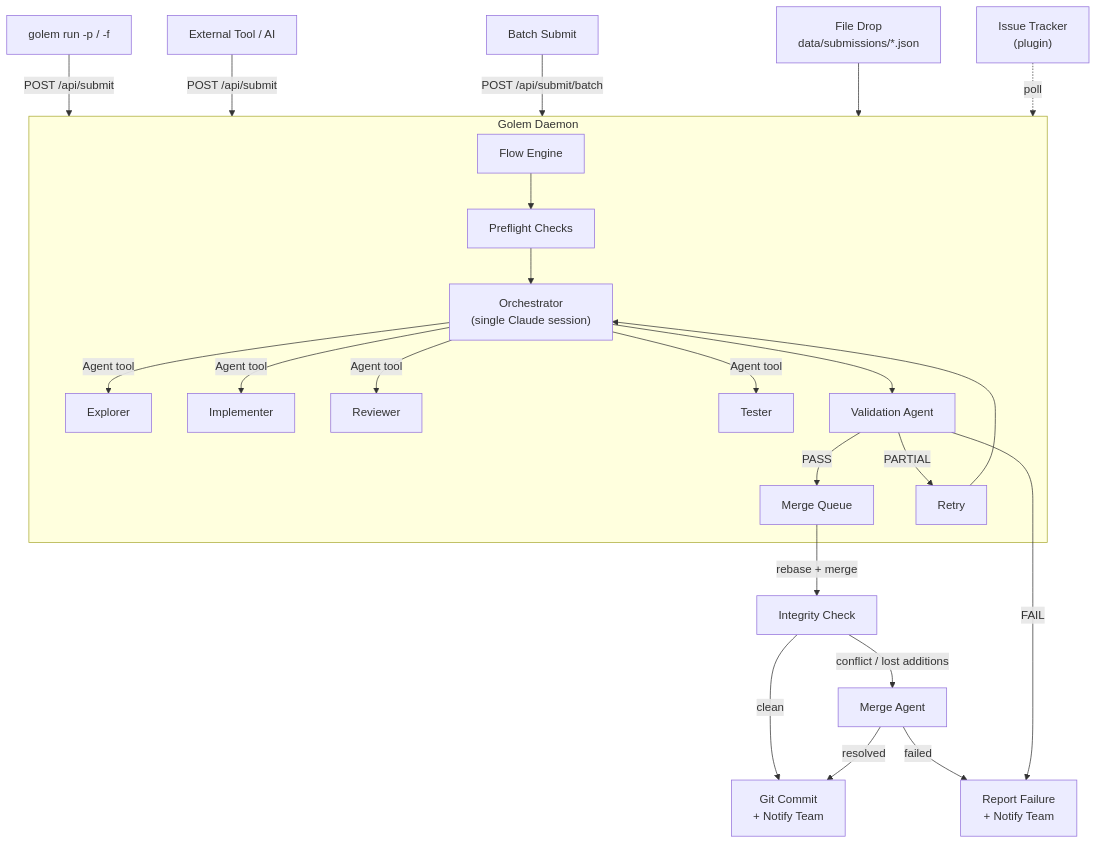
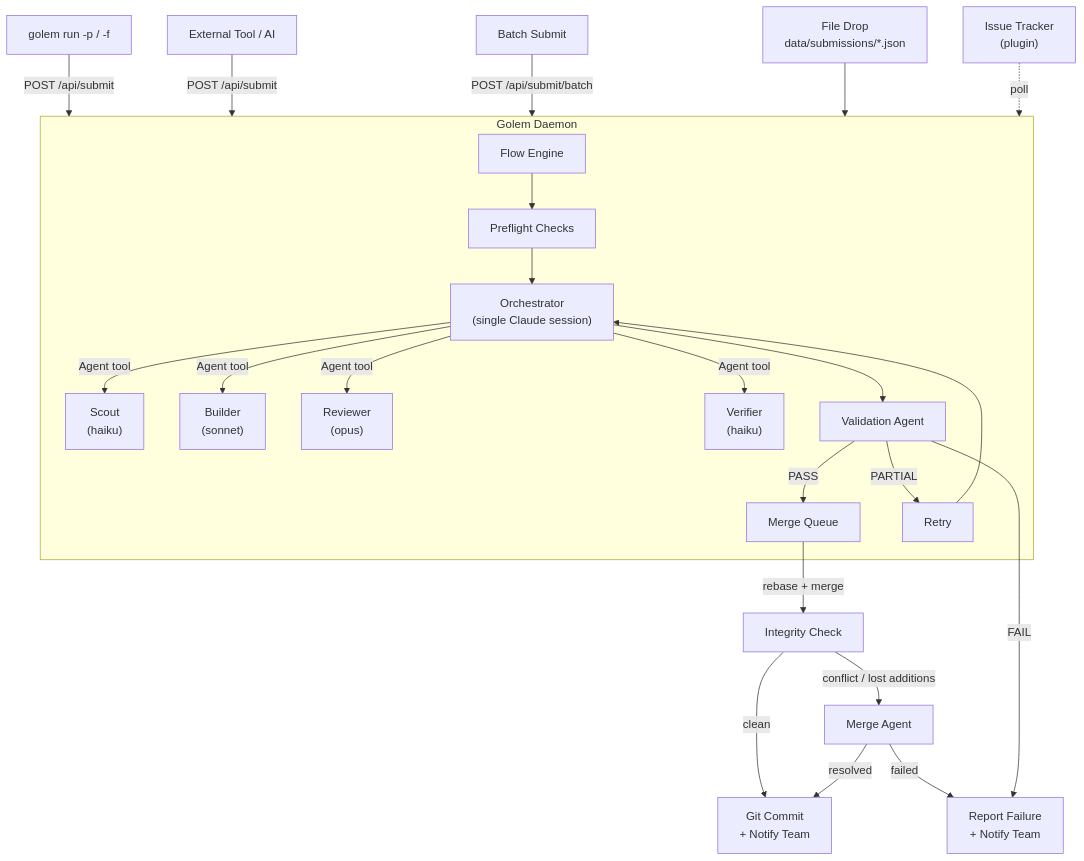
The first of 5 diagrams in README.md (itsmeboris/Golem), drawn with Mermaid before and after one commit. The commit also changed other lines of this file, not shown here.

First line of the commit message:
docs: update README with agent intelligence section and best practices

````diff
--- a/README.md
+++ b/README.md
@@ -102,31 +142,31 @@
 ```mermaid
 flowchart TB
     cli["golem run -p / -f"] -- "POST /api/submit" --> daemon
     api["External Tool / AI"] -- "POST /api/submit" --> daemon
     batch["Batch Submit"] -- "POST /api/submit/batch" --> daemon
     drop["File Drop<br/>data/submissions/*.json"] --> daemon
     tracker["Issue Tracker<br/>(plugin)"] -. "poll" .-> daemon
 
     subgraph daemon ["Golem Daemon"]
         flow["Flow Engine"] --> preflight["Preflight Checks"]
         preflight --> orch["Orchestrator<br/>(single Claude session)"]
 
-        orch -- "Agent tool" --> explorer["Explorer"]
-        orch -- "Agent tool" --> impl["Implementer"]
-        orch -- "Agent tool" --> reviewer["Reviewer"]
-        orch -- "Agent tool" --> tester["Tester"]
+        orch -- "Agent tool" --> scout["Scout<br/>(haiku)"]
+        orch -- "Agent tool" --> builder["Builder<br/>(sonnet)"]
+        orch -- "Agent tool" --> reviewer["Reviewer<br/>(opus)"]
+        orch -- "Agent tool" --> verifier["Verifier<br/>(haiku)"]
 
         orch --> val["Validation Agent"]
 
         val -- PASS --> mq["Merge Queue"]
         val -- PARTIAL --> retry["Retry"]
         retry --> orch
     end
 
     mq -- "rebase + merge" --> verify["Integrity Check"]
     verify -- "clean" --> commit["Git Commit<br/>+ Notify Team"]
     verify -- "conflict / lost additions" --> magent["Merge Agent"]
     magent -- "resolved" --> commit
     magent -- "failed" --> report
     val -- FAIL --> report["Report Failure<br/>+ Notify Team"]
 ```
````
